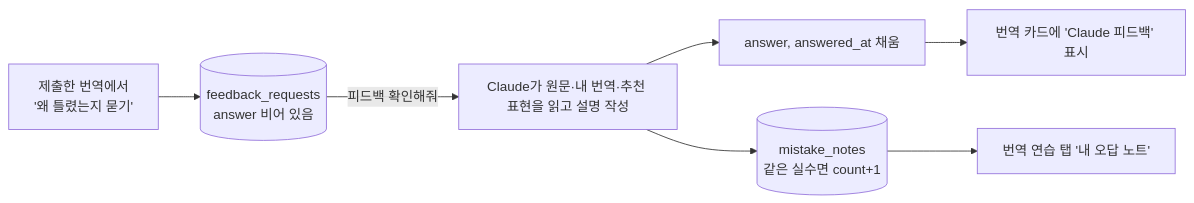
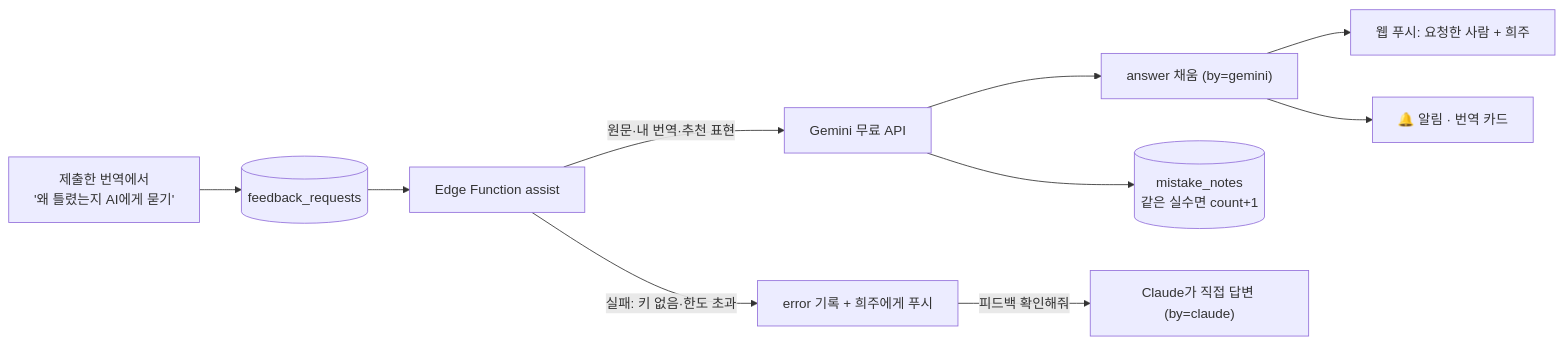
Before and after one commit to GooseyBee/root-register: the second of 2 diagrams in README.md, drawn with Mermaid. The commit also changed other lines of this file and 9 other files, not shown here.

First line of the commit message:
AI feedback via Gemini free API (Edge Function assist), notification bell, web push

````diff
--- a/README.md
+++ b/README.md
@@ -72,9 +76,12 @@
 ```mermaid
 flowchart LR
-  U[제출한 번역에서<br/>'왜 틀렸는지 묻기'] --> R[(feedback_requests<br/>answer 비어 있음)]
-  R -->|"피드백 확인해줘"| C[Claude가 원문·내 번역·추천 표현을 읽고 설명 작성]
-  C --> A[answer, answered_at 채움]
-  C --> M[(mistake_notes<br/>같은 실수면 count+1)]
-  A --> V[번역 카드에 'Claude 피드백' 표시]
-  M --> N[번역 연습 탭 '내 오답 노트']
+  U["제출한 번역에서<br/>'왜 틀렸는지 AI에게 묻기'"] --> R[("feedback_requests")]
+  R --> F["Edge Function assist"]
+  F -->|원문·내 번역·추천 표현| G["Gemini 무료 API"]
+  G --> A["answer 채움 (by=gemini)"]
+  G --> M[("mistake_notes<br/>같은 실수면 count+1")]
+  A --> P["웹 푸시: 요청한 사람 + 희주"]
+  A --> B["🔔 알림 · 번역 카드"]
+  F -->|실패: 키 없음·한도 초과| E["error 기록 + 희주에게 푸시"]
+  E -->|"피드백 확인해줘"| C["Claude가 직접 답변 (by=claude)"]
 ```
````
